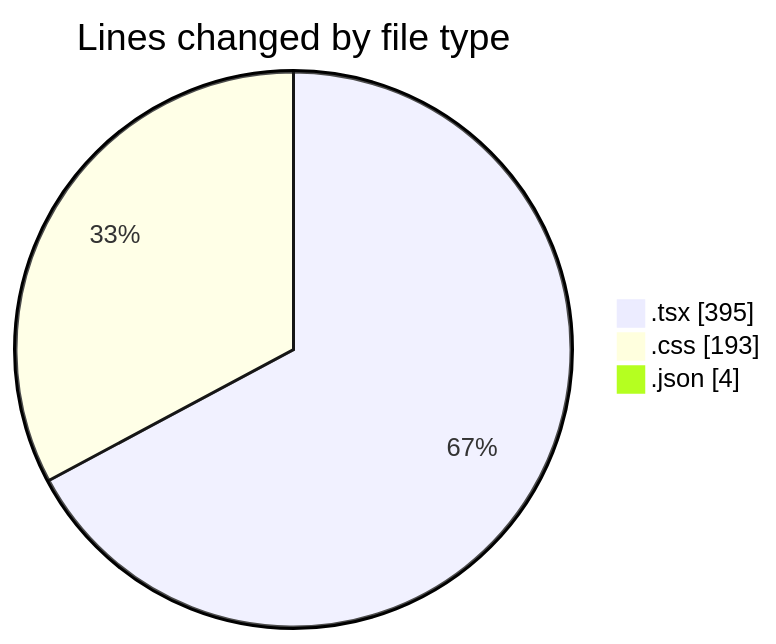
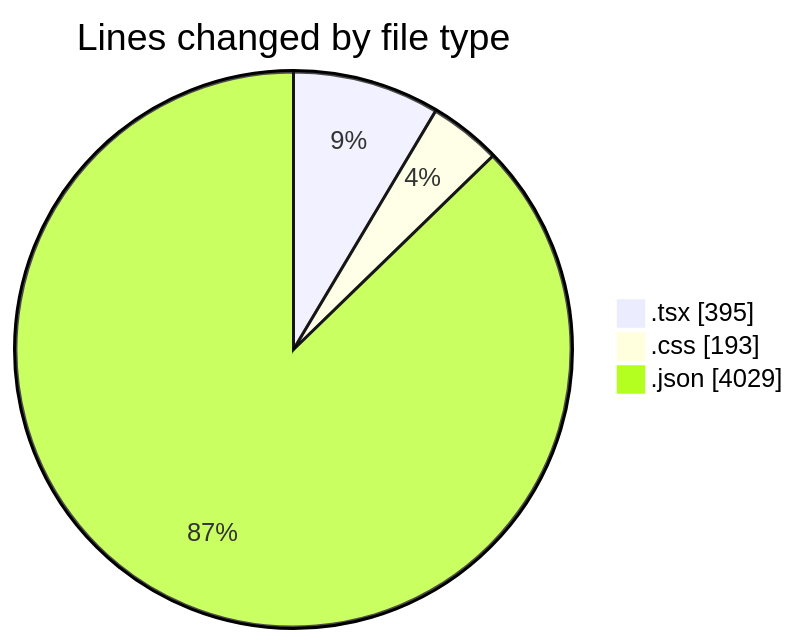
Before and after one commit to donsfak/code-tracking: the first of 2 diagrams in 2025-02-13/portofolio/README.md, drawn with Mermaid. The commit also changed other lines of this file and 1 other file, not shown here.

````diff
--- a/2025-02-13/portofolio/README.md
+++ b/2025-02-13/portofolio/README.md
@@ -22,7 +24,7 @@
 ```mermaid
 pie showData
 title Lines changed by file type
 ".tsx" : 395
 ".css" : 193
-".json" : 4
+".json" : 4029
 ```
````
